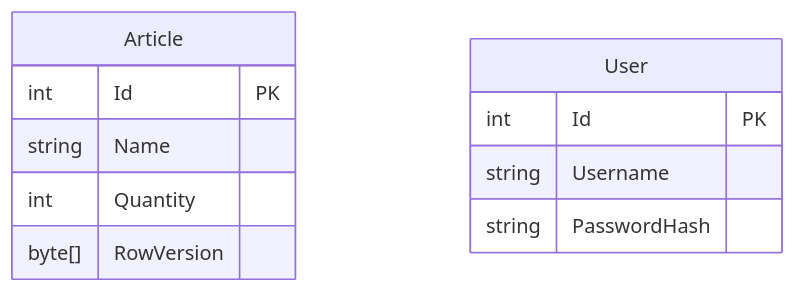
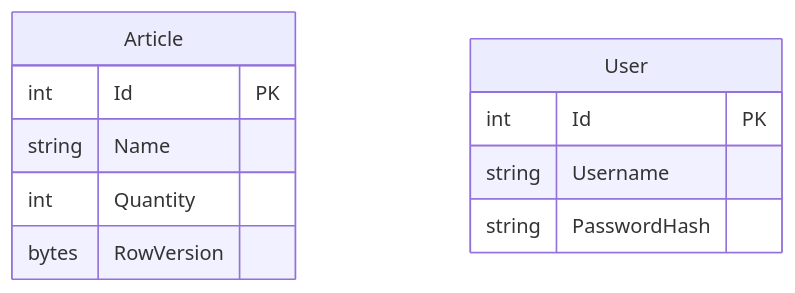
The second of 4 diagrams in README.md (Monnerus/LB223), drawn with Mermaid before and after one commit. The commit also changed other lines of this file, not shown here.

````diff
--- a/README.md
+++ b/README.md
@@ -53,14 +48,14 @@
 ```mermaid
 erDiagram
     Article {
         int Id PK
         string Name
         int Quantity
-        byte[] RowVersion
+        bytes RowVersion
     }
     User {
         int Id PK
         string Username
         string PasswordHash
     }
 ```
````
